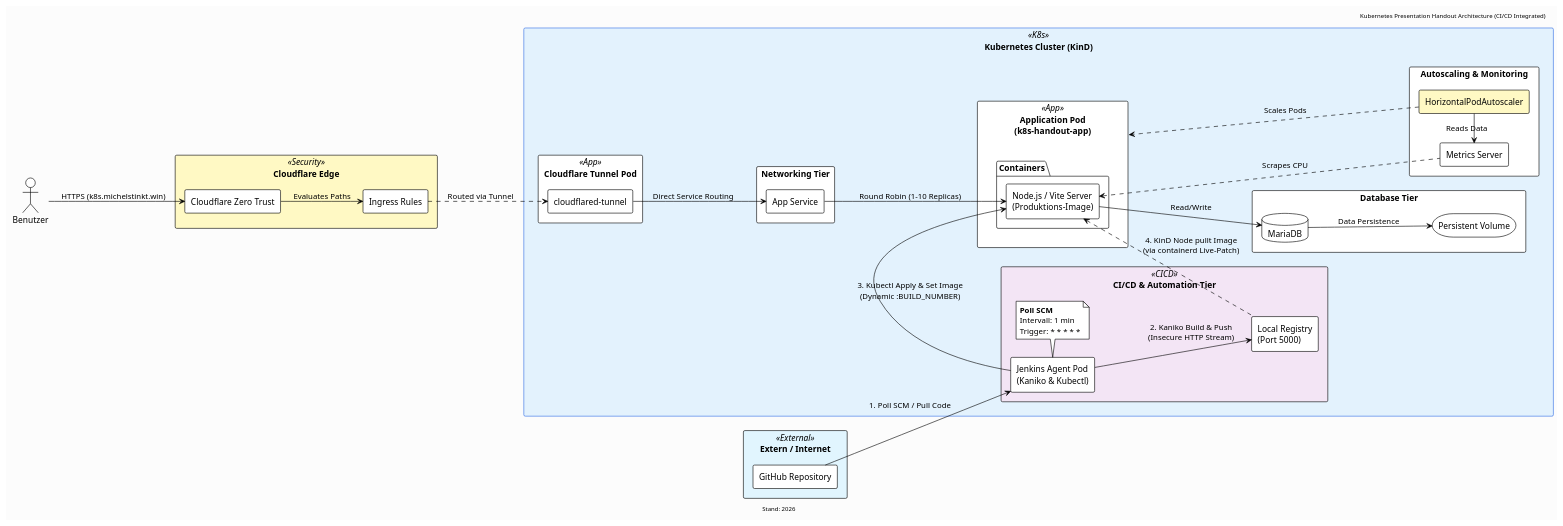
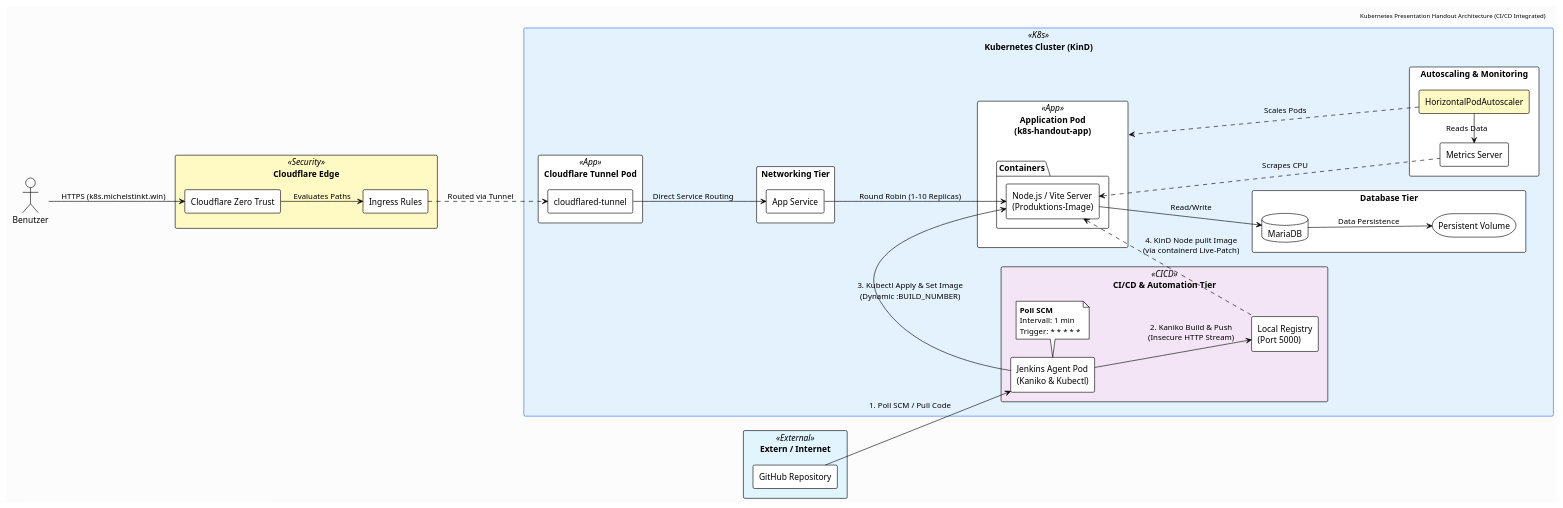
The diagram in architecture.puml (Lukas204/K8SPresentationWebsite), drawn with PlantUML before and after one commit. The commit also changed 4 other files, not shown here.

Commit message:
update plant uml

```diff
--- a/architecture.puml
+++ b/architecture.puml
@@ -1,93 +1,92 @@
 @startuml
 !theme plain
 ' Zwingt das gesamte Diagramm in eine saubere Links-nach-Rechts-Ausrichtung
 left to right direction
 skinparam componentStyle rectangle
 skinparam backgroundColor #fcfcfc
 skinparam Nodesep 30
 skinparam Ranksep 40
 
 ' Colors & Styles
 skinparam rectangle {
     BackgroundColor<<External>> #e1f5fe
     BackgroundColor<<Security>> #fff9c4
     BackgroundColor<<K8s>> #e3f2fd
     BackgroundColor<<CICD>> #f3e5f5
     BackgroundColor<<App>> #ffffff
     BorderColor<<K8s>> #326CE5
 }
 
 header Kubernetes Presentation Handout Architecture (CI/CD Integrated)
-footer Stand: 2026
 
 ' 1. Linke Flanke: Datenquelle
 rectangle "Extern / Internet" <<External>> {
     [GitHub Repository] as git #white
 }
 
 ' 2. Obere Flanke: User Entrypoint
 actor "Benutzer" as user #white
 
 rectangle "Cloudflare Edge" <<Security>> {
     [Cloudflare Zero Trust] as cf
     [Ingress Rules] as ing_rules #white
 }
 
 ' 3. Das Zentrum: Kubernetes Cluster
 rectangle "Kubernetes Cluster (KinD)" <<K8s>> {
 
     rectangle "Cloudflare Tunnel Pod" <<App>> {
         [cloudflared-tunnel] as tunnel #white
     }
 
     rectangle "Networking Tier" {
         [App Service] as svc #white
     }
 
     rectangle "CI/CD & Automation Tier" <<CICD>> {
         [Jenkins Agent Pod\n(Kaniko & Kubectl)] as jenkins #white
         [Local Registry\n(Port 5000)] as registry #white
 
         note "<b>Poll SCM</b>\nIntervall: 1 min\nTrigger: * * * * *" as note_jenkins
     }
 
     rectangle "Application Pod\n(k8s-handout-app)" <<App>> {
         package "Containers" {
             [Node.js / Vite Server\n(Produktions-Image)] as app #white
         }
     }
 
     rectangle "Database Tier" {
         database "MariaDB" as db #white
         storage "Persistent Volume" as pvc #white
     }
 
     rectangle "Autoscaling & Monitoring" {
         [HorizontalPodAutoscaler] as hpa #fff9c4
         [Metrics Server] as metrics #white
     }
 }
 
 ' Relations - Traffic Flow (Benutzer -> Cluster)
 user -down-> cf : HTTPS (k8s.michelstinkt.win)
 cf -down-> ing_rules : Evaluates Paths
 ing_rules .down.> tunnel : Routed via Tunnel
 tunnel -down-> svc : Direct Service Routing
 svc -down-> app : Round Robin (1-10 Replicas)
 
 ' Relations - CI/CD & Build Pipeline Flow
 git -down-> jenkins : 1. Poll SCM / Pull Code
 jenkins -down-> registry : 2. Kaniko Build & Push\n(Insecure HTTP Stream)
 jenkins -right-> app : 3. Kubectl Apply & Set Image\n(Dynamic :BUILD_NUMBER)
 registry -.up.> app : 4. KinD Node pullt Image\n(via containerd Live-Patch)
 
 jenkins -right- note_jenkins
 
 ' Relations - Internals (App -> DB & HPA)
 app -down-> db : Read/Write
 db -down-> pvc : Data Persistence
 
 metrics -.up.> app : Scrapes CPU
 hpa -left-> metrics : Reads Data
 hpa .right.> "Application Pod\n(k8s-handout-app)" : Scales Pods
 @enduml
```
